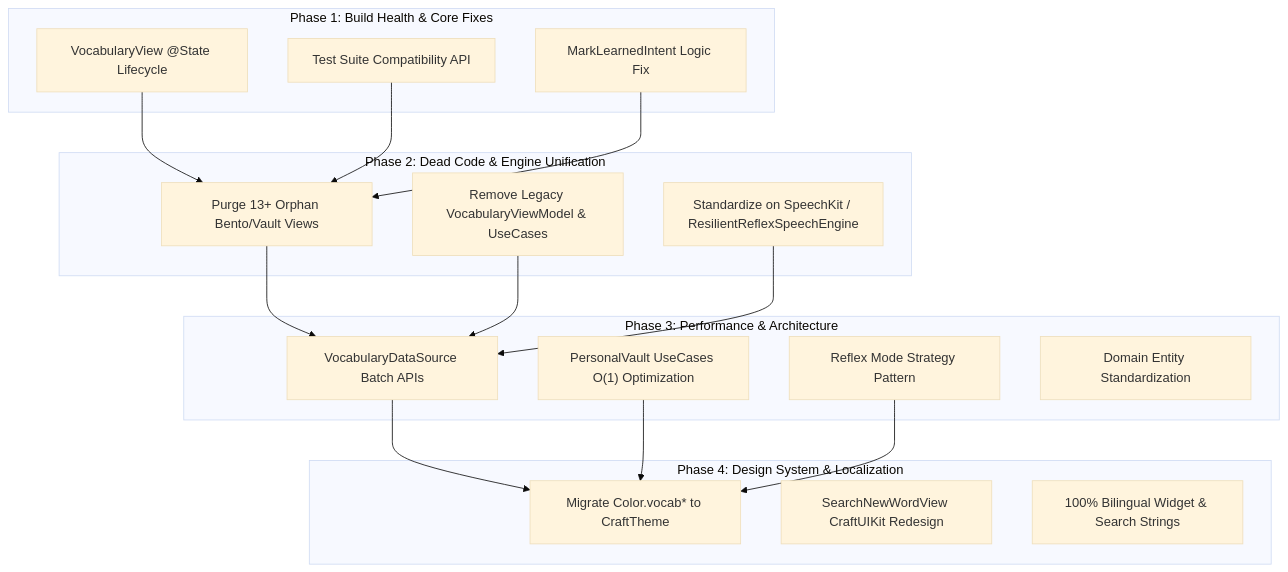
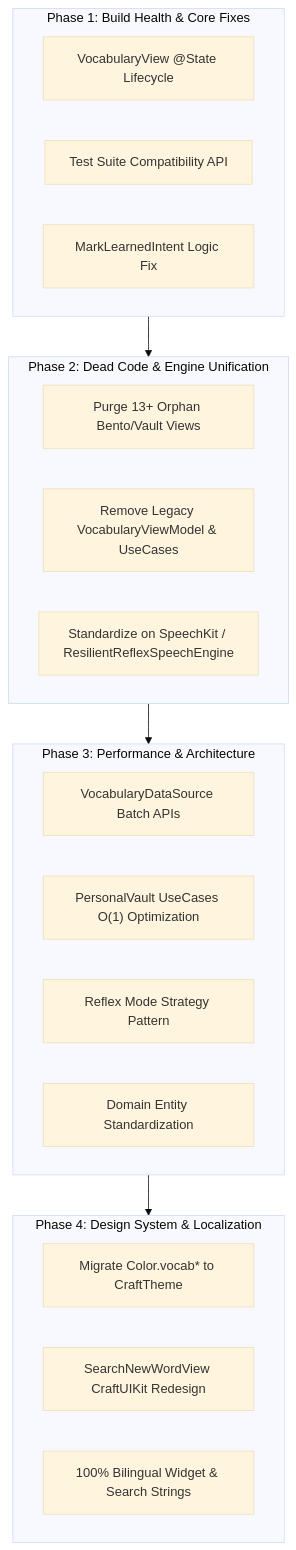
One commit to hoojinguyen/vocab-craft-app changed the diagram in docs/superpowers/specs/2026-09-01-codebase-health-and-architecture-standardization-design.md. Above: the diagram before and after it, drawn with Mermaid (base theme). The commit also changed 4 other files, not shown here.

````diff
--- a/docs/superpowers/specs/2026-09-01-codebase-health-and-architecture-standardization-design.md
+++ b/docs/superpowers/specs/2026-09-01-codebase-health-and-architecture-standardization-design.md
@@ -22,37 +22,31 @@
 ```mermaid
 graph TD
-    subgraph "Phase 1: Build Health & Core Fixes"
+    subgraph Phase1 ["Phase 1: Build Health & Core Fixes"]
         P1_1["VocabularyView @State Lifecycle"]
         P1_2["Test Suite Compatibility API"]
         P1_3["MarkLearnedIntent Logic Fix"]
     end
 
-    subgraph "Phase 2: Dead Code & Engine Unification"
+    subgraph Phase2 ["Phase 2: Dead Code & Engine Unification"]
         P2_1["Purge 13+ Orphan Bento/Vault Views"]
         P2_2["Remove Legacy VocabularyViewModel & UseCases"]
         P2_3["Standardize on SpeechKit / ResilientReflexSpeechEngine"]
     end
 
-    subgraph "Phase 3: Performance & Architecture"
+    subgraph Phase3 ["Phase 3: Performance & Architecture"]
         P3_1["VocabularyDataSource Batch APIs"]
         P3_2["PersonalVault UseCases O(1) Optimization"]
         P3_3["Reflex Mode Strategy Pattern"]
         P3_4["Domain Entity Standardization"]
     end
 
-    subgraph "Phase 4: Design System & Localization"
+    subgraph Phase4 ["Phase 4: Design System & Localization"]
         P4_1["Migrate Color.vocab* to CraftTheme"]
         P4_2["SearchNewWordView CraftUIKit Redesign"]
         P4_3["100% Bilingual Widget & Search Strings"]
     end
 
-    P1_1 --> P2_1
-    P1_2 --> P2_1
-    P1_3 --> P2_1
-    P2_1 --> P3_1
-    P2_2 --> P3_1
-    P2_3 --> P3_1
-    P3_1 --> P4_1
-    P3_2 --> P4_1
-    P3_3 --> P4_1
+    Phase1 --> Phase2
+    Phase2 --> Phase3
+    Phase3 --> Phase4
 ```
````
